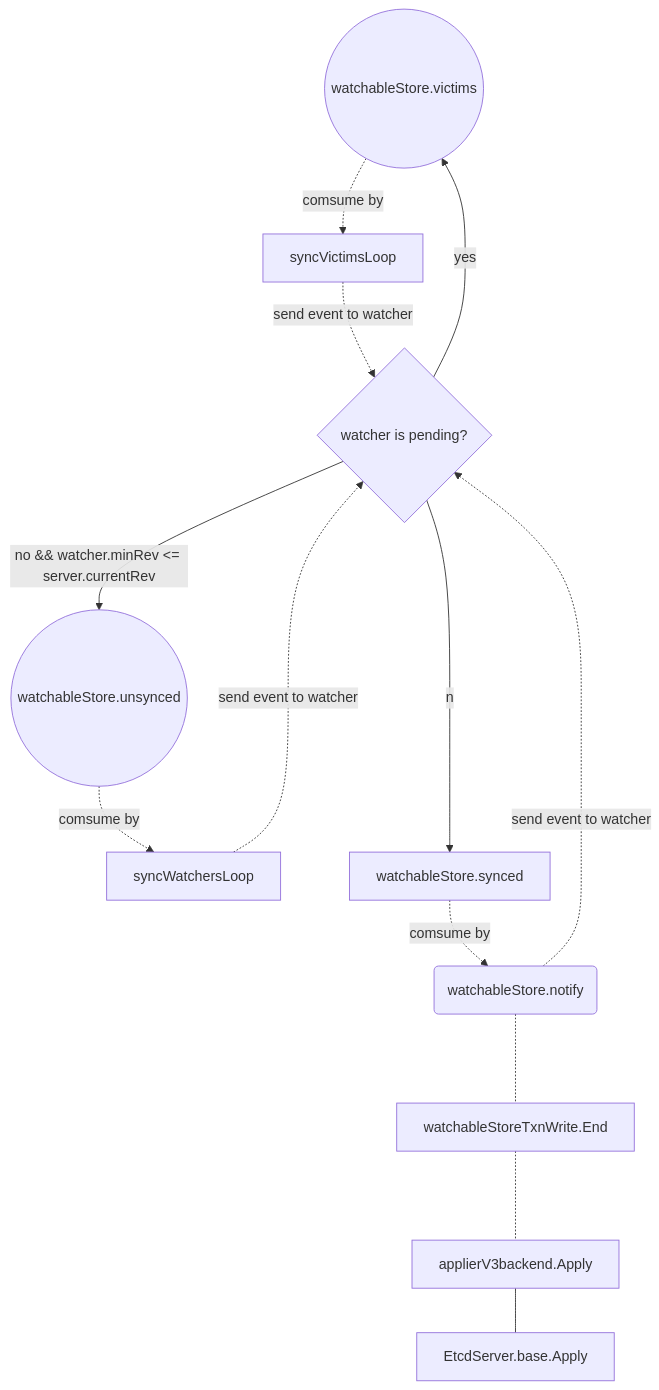
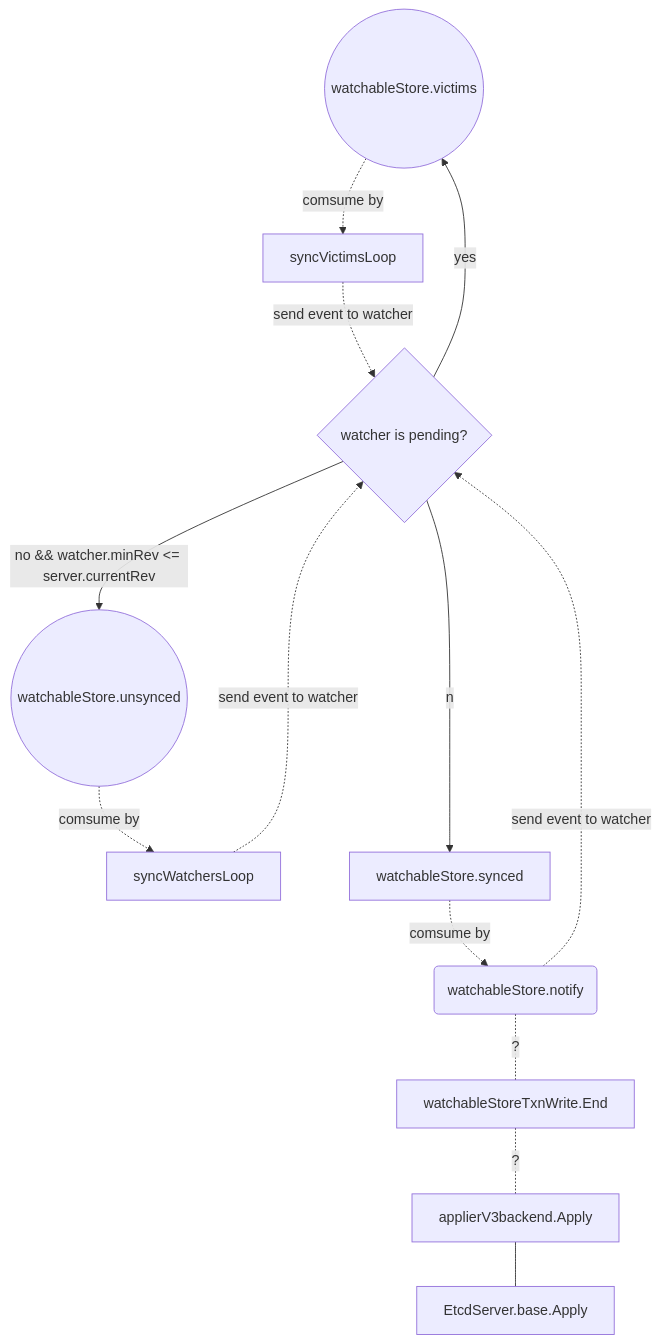
The second of 2 diagrams in search/etcd/etcd watch原理.md (hahagan/study), drawn with Mermaid before and after one commit. The commit also changed other lines of this file and 5 other files, not shown here.

````diff
--- a/search/etcd/etcd watch原理.md
+++ b/search/etcd/etcd watch原理.md
@@ -78,25 +78,25 @@
 ```mermaid
 flowchart TD
 
 watchableStore.victims((watchableStore.victims)) -.comsume by.-> syncVictimsLoop
 syncVictimsLoop -.send event to watcher.-> if0
 
 
 syncWatchersLoop -.send event to watcher.-> if0{ watcher is pending?}
 if0 --yes--> watchableStore.victims((watchableStore.victims))
 if0 --"no && watcher.minRev <= server.currentRev"--> watchableStore.unsynced((watchableStore.unsynced))
 if0 --no--> watchableStore.synced
 
 watchableStore.unsynced -.comsume by.->  syncWatchersLoop
 
 
 watchableStore.synced -.comsume by.-> notify(watchableStore.notify)
 notify -. send event to watcher .-> if0
 
-notify -..- watchableStoreTxnWrite.End
-watchableStoreTxnWrite.End -..- applierV3backend.Apply
+notify -.?.- watchableStoreTxnWrite.End
+watchableStoreTxnWrite.End -.?.- applierV3backend.Apply
 applierV3backend.Apply --- EtcdServer.base.Apply
 
 
 
 ```
````
